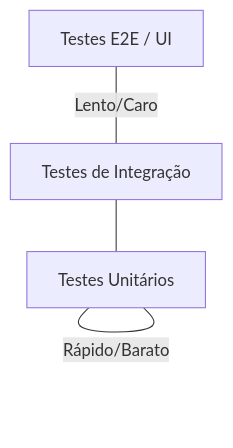
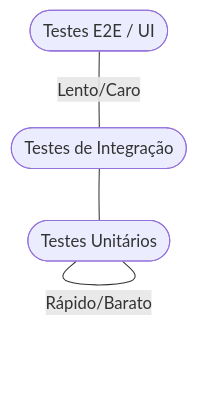
Before and after one commit to ricardotecpro/ads_extra_guia_de_ferramentas: the diagram in docs/aulas/aula-08.md, drawn with Mermaid. The commit also changed other lines of this file and 69 other files, not shown here.

````diff
--- a/docs/aulas/aula-08.md
+++ b/docs/aulas/aula-08.md
@@ -27,6 +32,6 @@
 ```mermaid
 graph TD
-    UI[Testes E2E / UI] -- Lento/Caro --- INT[Testes de Integração]
-    INT --- UNIT[Testes Unitários]
+    UI([Testes E2E / UI]) -- Lento/Caro --- INT([Testes de Integração])
+    INT --- UNIT([Testes Unitários])
     UNIT -- Rápido/Barato --- UNIT
 ```
````
